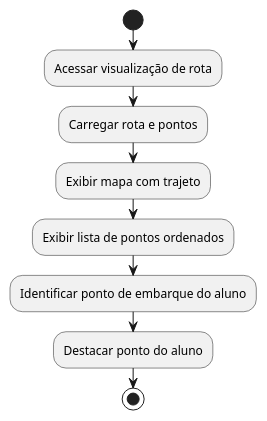
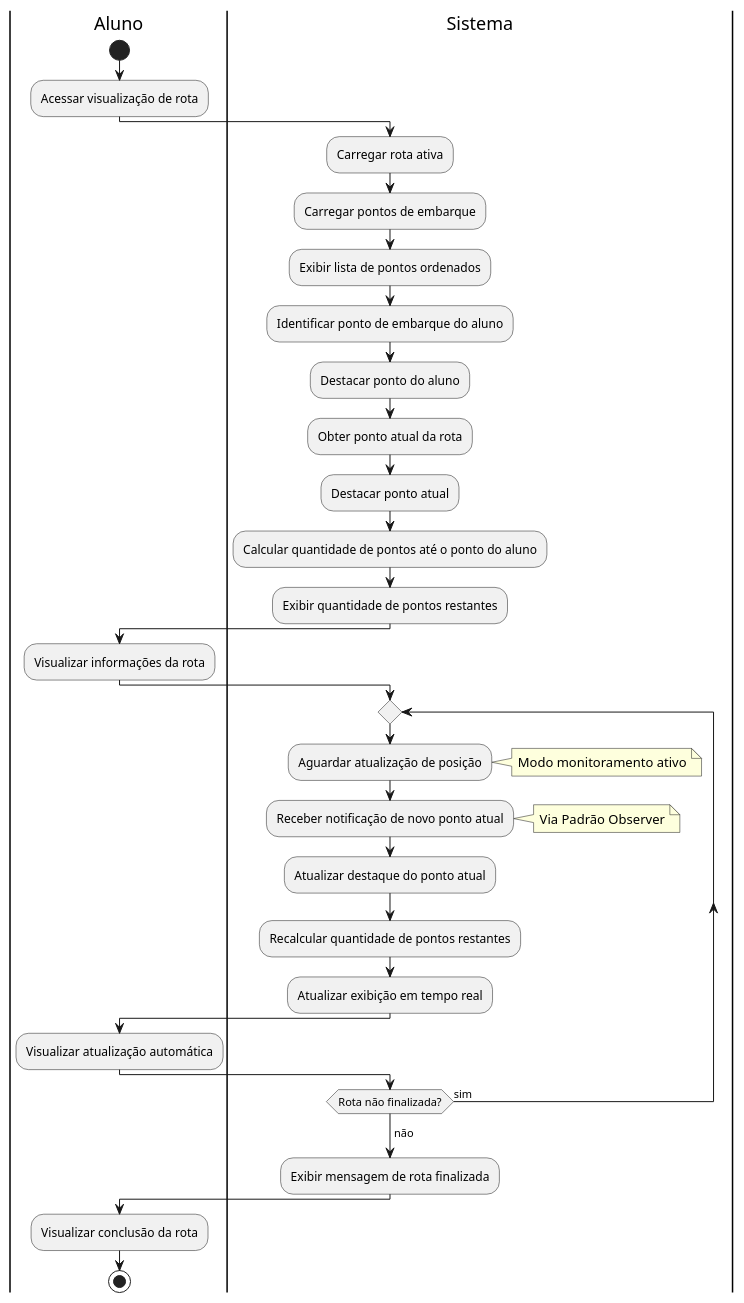
The diagram in atividades/Caso_08_Atividade.puml (viniciusdias2902/modelagem_uml), drawn with PlantUML before and after one commit. The commit also changed 32 other files, not shown here.

Commit message:
Correção dos diagramas de atividade

```diff
--- a/atividades/Caso_08_Atividade.puml
+++ b/atividades/Caso_08_Atividade.puml
@@ -1,10 +1,44 @@
 @startuml
+|Aluno|
 start
 :Acessar visualização de rota;
-:Carregar rota e pontos;
-:Exibir mapa com trajeto;
+
+|Sistema|
+:Carregar rota ativa;
+:Carregar pontos de embarque;
 :Exibir lista de pontos ordenados;
 :Identificar ponto de embarque do aluno;
 :Destacar ponto do aluno;
+:Obter ponto atual da rota;
+:Destacar ponto atual;
+:Calcular quantidade de pontos até o ponto do aluno;
+:Exibir quantidade de pontos restantes;
+
+|Aluno|
+:Visualizar informações da rota;
+
+|Sistema|
+repeat
+  :Aguardar atualização de posição;
+  note right: Modo monitoramento ativo
+  
+  :Receber notificação de novo ponto atual;
+  note right: Via Padrão Observer
+  
+  :Atualizar destaque do ponto atual;
+  :Recalcular quantidade de pontos restantes;
+  :Atualizar exibição em tempo real;
+  
+  |Aluno|
+  :Visualizar atualização automática;
+  
+  |Sistema|
+repeat while (Rota não finalizada?) is (sim)
+->não;
+
+:Exibir mensagem de rota finalizada;
+
+|Aluno|
+:Visualizar conclusão da rota;
 stop
 @enduml
```
